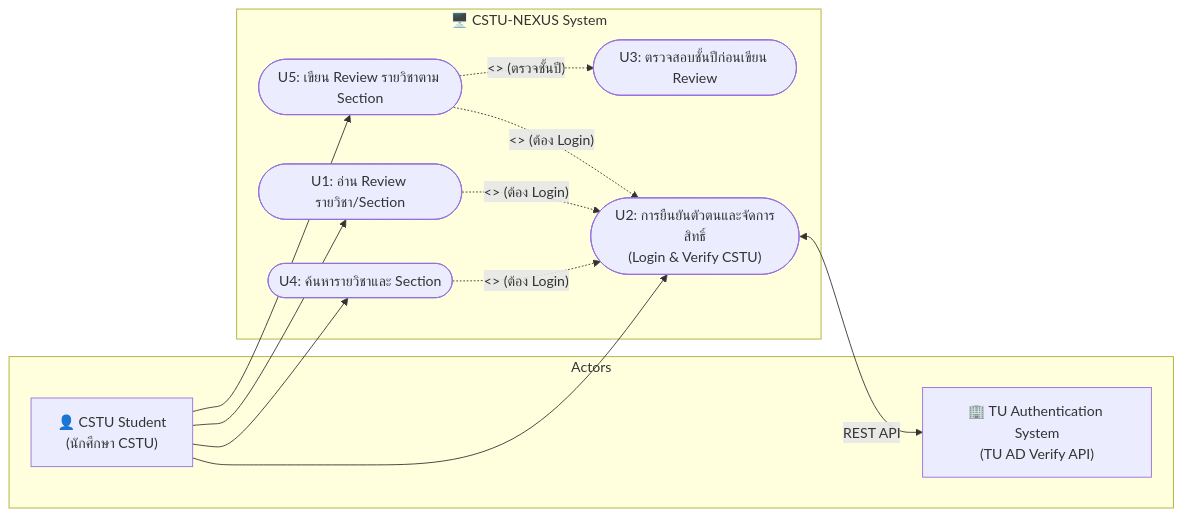
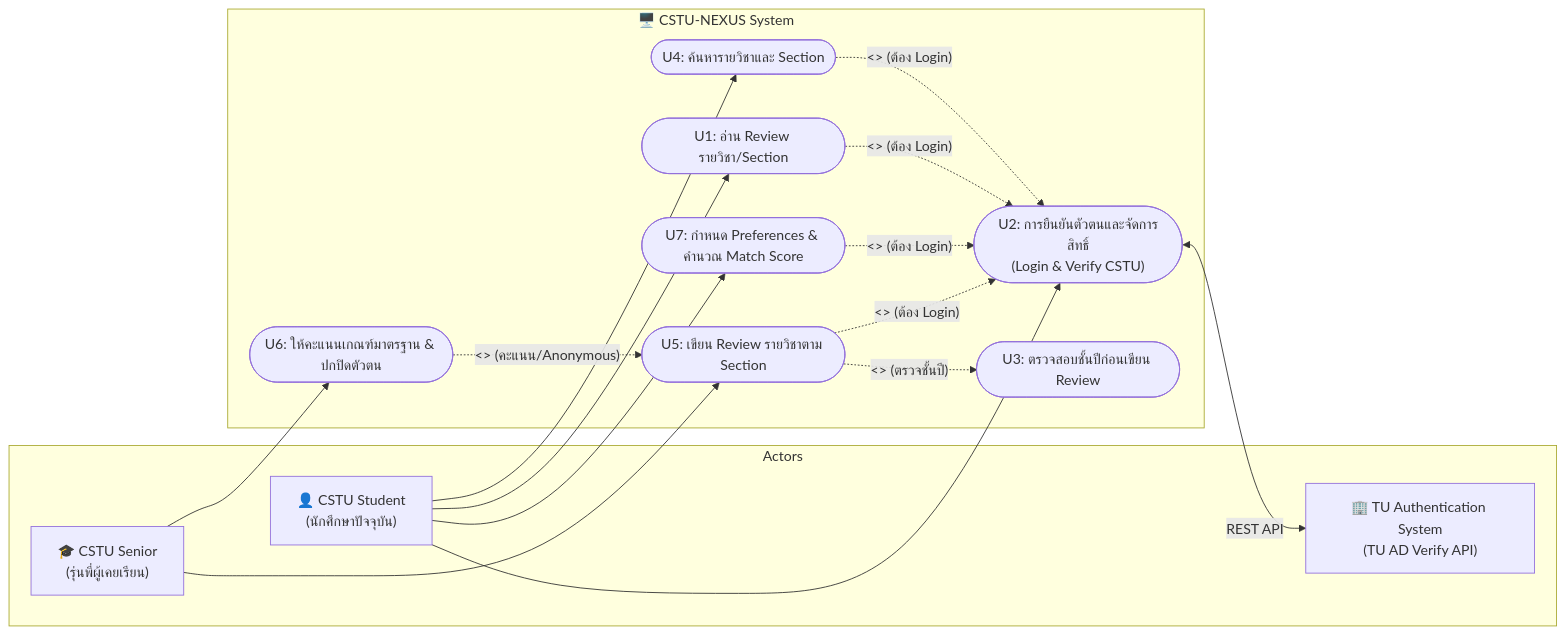
The first of 2 diagrams in docs/use-case-and-class-diagrams.md (jubiep/CSTU-NEXUS), drawn with Mermaid before and after one commit. The commit also changed other lines of this file and 7 other files, not shown here.

Commit message:
docs: reorganize architecture, separate user stories and use cases, and streamline READMEs

````diff
--- a/docs/use-case-and-class-diagrams.md
+++ b/docs/use-case-and-class-diagrams.md
@@ -18,31 +24,39 @@
 ```mermaid
 flowchart LR
     %% Actors
-    subgraph Actors [Actors]
-        Student["👤 CSTU Student<br/>(นักศึกษา CSTU)"]
+    subgraph Actors ["Actors"]
+        Student["👤 CSTU Student<br/>(นักศึกษาปัจจุบัน)"]
+        Senior["🎓 CSTU Senior<br/>(รุ่นพี่ผู้เคยเรียน)"]
         TuAPI["🏢 TU Authentication System<br/>(TU AD Verify API)"]
     end
 
     %% System Boundary
     subgraph System ["🖥️ CSTU-NEXUS System"]
         U2(["U2: การยืนยันตัวตนและจัดการสิทธิ์<br/>(Login & Verify CSTU)"])
         U4(["U4: ค้นหารายวิชาและ Section"])
         U1(["U1: อ่าน Review รายวิชา/Section"])
         U3(["U3: ตรวจสอบชั้นปีก่อนเขียน Review"])
         U5(["U5: เขียน Review รายวิชาตาม Section"])
+        U6(["U6: ให้คะแนนเกณฑ์มาตรฐาน & ปกปิดตัวตน"])
+        U7(["U7: กำหนด Preferences & คำนวณ Match Score"])
     end
 
     %% Interactions
     Student --> U2
     Student --> U4
     Student --> U1
-    Student --> U5
+    Student --> U7
+
+    Senior --> U5
+    Senior --> U6
 
     U2 <-->|REST API| TuAPI
 
-    %% Relationships <<include>>
+    %% Relationships <<include>> / <<extend>>
     U4 -.->|"<<include>> (ต้อง Login)"| U2
     U1 -.->|"<<include>> (ต้อง Login)"| U2
+    U7 -.->|"<<include>> (ต้อง Login)"| U2
     U5 -.->|"<<include>> (ต้อง Login)"| U2
     U5 -.->|"<<include>> (ตรวจชั้นปี)"| U3
+    U6 -.->|"<<extend>> (คะแนน/Anonymous)"| U5
 ```
````
